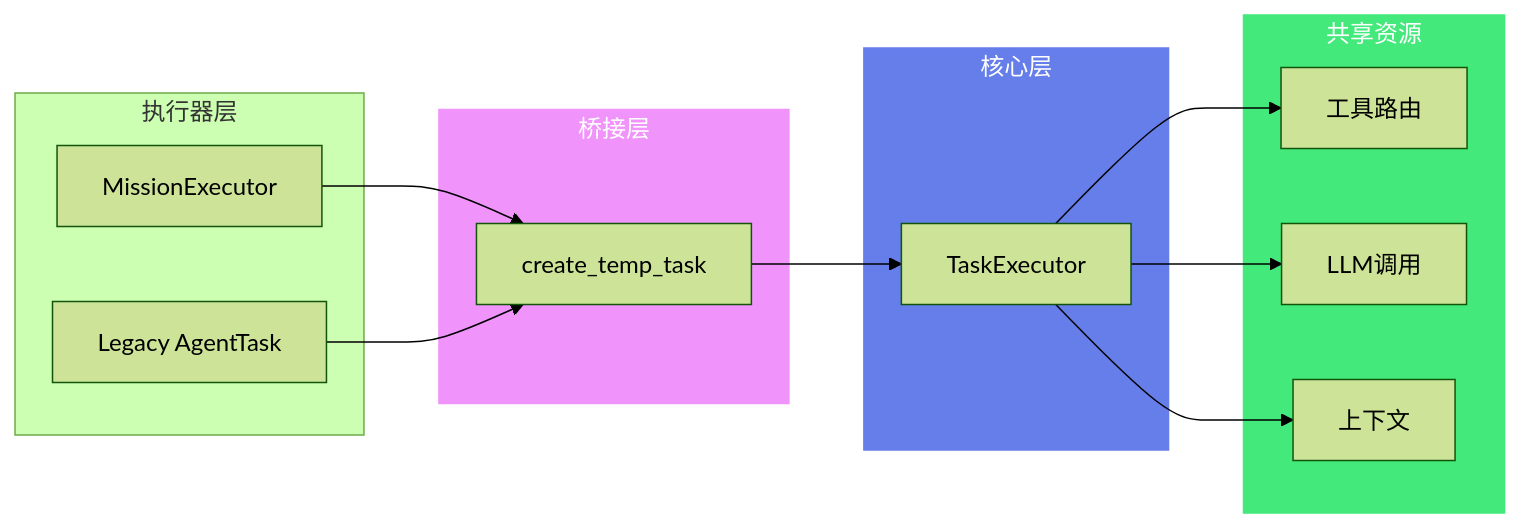
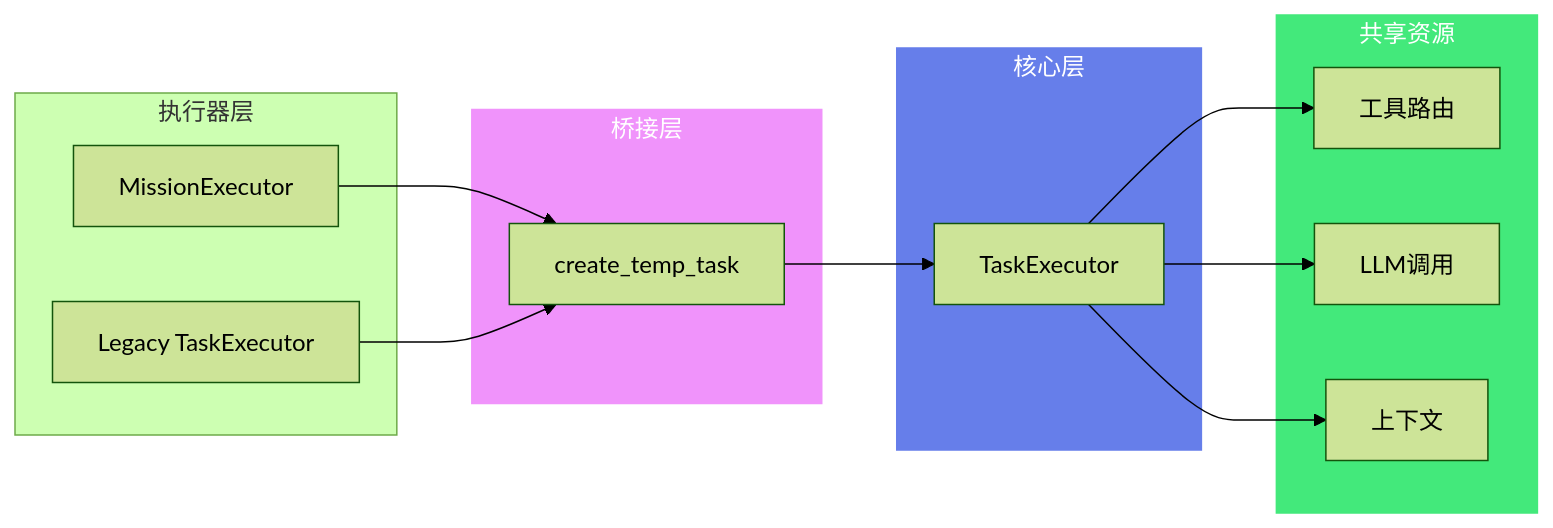
One commit to jsjm1986/AGIME changed the sixth of 8 diagrams in docs/ARCHITECTURE.md. Above: the diagram before and after it, drawn with Mermaid (forest theme). The commit also changed other lines of this file and 12 other files, not shown here.

Commit message:
Migrate AgentTask execution to Harness V4

````diff
--- a/docs/ARCHITECTURE.md
+++ b/docs/ARCHITECTURE.md
@@ -449,32 +449,32 @@
 ```mermaid
 graph LR
     subgraph Executors["执行器层"]
         Mission[MissionExecutor]
-        Legacy[Legacy AgentTask]
+        Legacy[Legacy TaskExecutor]
     end
 
     subgraph Bridge["桥接层"]
         TempTask[create_temp_task]
     end
 
     subgraph Core["核心层"]
         TaskExec[TaskExecutor]
     end
 
     subgraph Shared["共享资源"]
         Tools[工具路由]
         LLM[LLM调用]
         Context[上下文]
     end
 
     Mission --> TempTask
     Legacy --> TempTask
     TempTask --> TaskExec
     TaskExec --> Tools
     TaskExec --> LLM
     TaskExec --> Context
 
     style Bridge fill:#f093fb,stroke:#f093fb,color:#ffffff
     style Core fill:#667eea,stroke:#667eea,color:#ffffff
     style Shared fill:#43e97b,stroke:#43e97b,color:#ffffff
 ```
````
